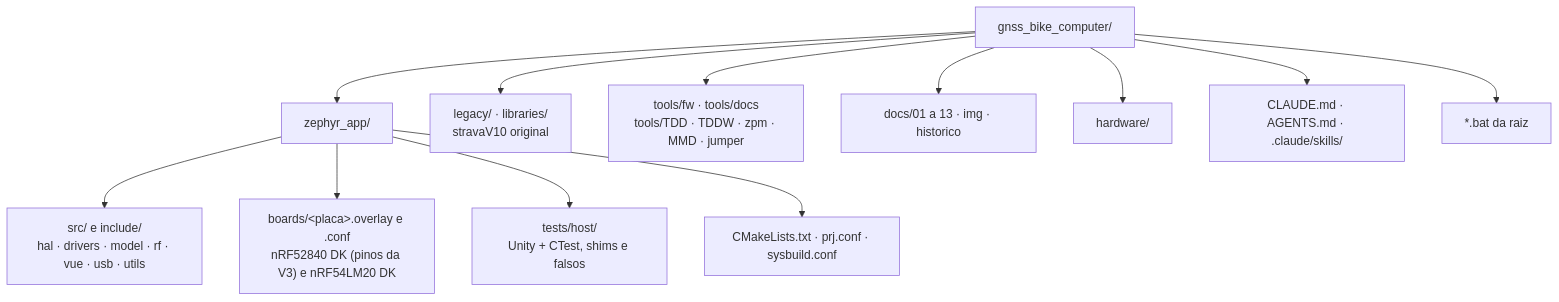
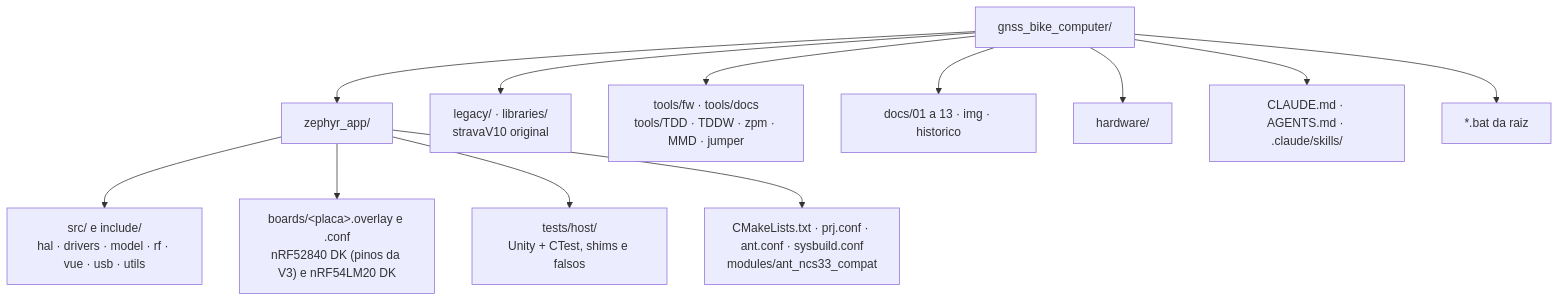
Before and after one commit to Guiimartinho/gnss-bike-computer: the first of 2 diagrams in CLAUDE.md, drawn with Mermaid. The commit also changed other lines of this file and 19 other files, not shown here.

First line of the commit message:
feat(rf): build the port with the ANT add-on on NCS v3.3.0

````diff
--- a/CLAUDE.md
+++ b/CLAUDE.md
@@ -58,15 +58,15 @@
 ```mermaid
 flowchart TB
     ROOT["gnss_bike_computer/"]
     ROOT --> ZA["zephyr_app/"]
     ZA --> ZS["src/ e include/<br/>hal · drivers · model · rf · vue · usb · utils"]
     ZA --> ZB["boards/&lt;placa&gt;.overlay e .conf<br/>nRF52840 DK (pinos da V3) e nRF54LM20 DK"]
     ZA --> ZT["tests/host/<br/>Unity + CTest, shims e falsos"]
-    ZA --> ZC["CMakeLists.txt · prj.conf · sysbuild.conf"]
+    ZA --> ZC["CMakeLists.txt · prj.conf · ant.conf · sysbuild.conf<br/>modules/ant_ncs33_compat"]
     ROOT --> LEG["legacy/ · libraries/<br/>stravaV10 original"]
     ROOT --> TOOLS["tools/fw · tools/docs<br/>tools/TDD · TDDW · zpm · MMD · jumper"]
     ROOT --> DOCS["docs/01 a 13 · img · historico"]
     ROOT --> HW["hardware/"]
     ROOT --> AI["CLAUDE.md · AGENTS.md · .claude/skills/"]
     ROOT --> BAT["*.bat da raiz"]
 ```
````
